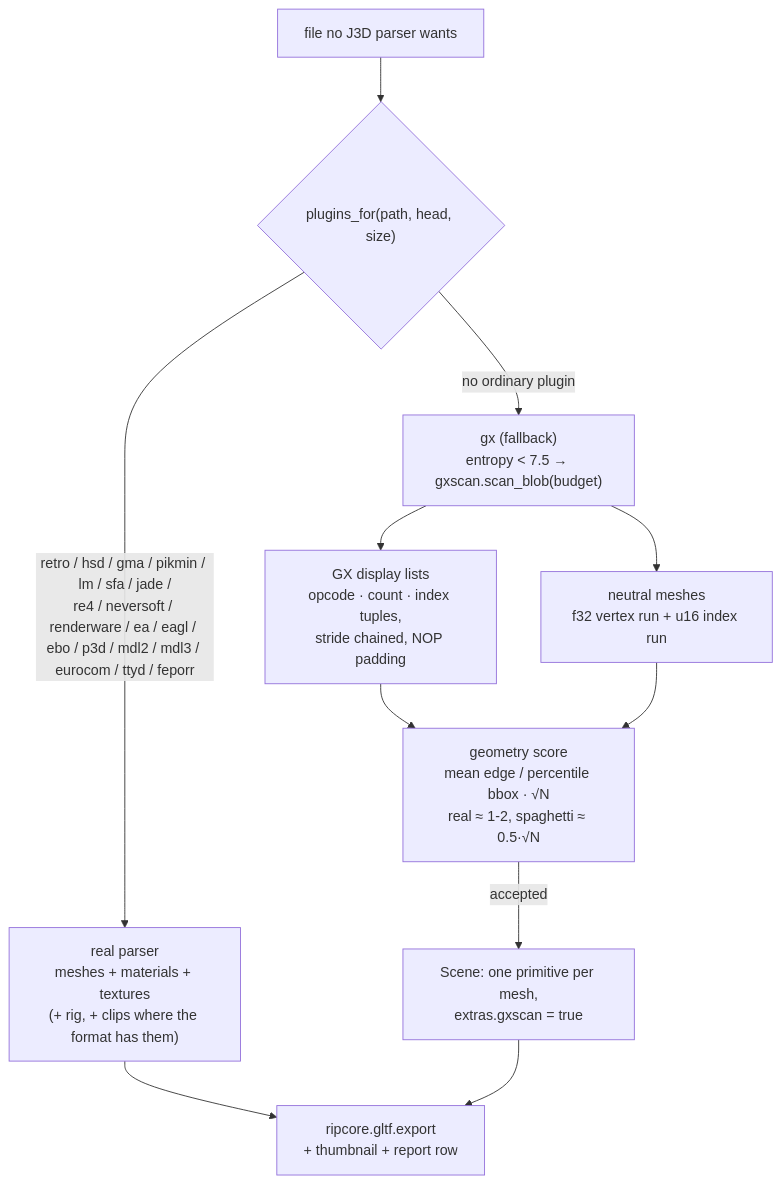
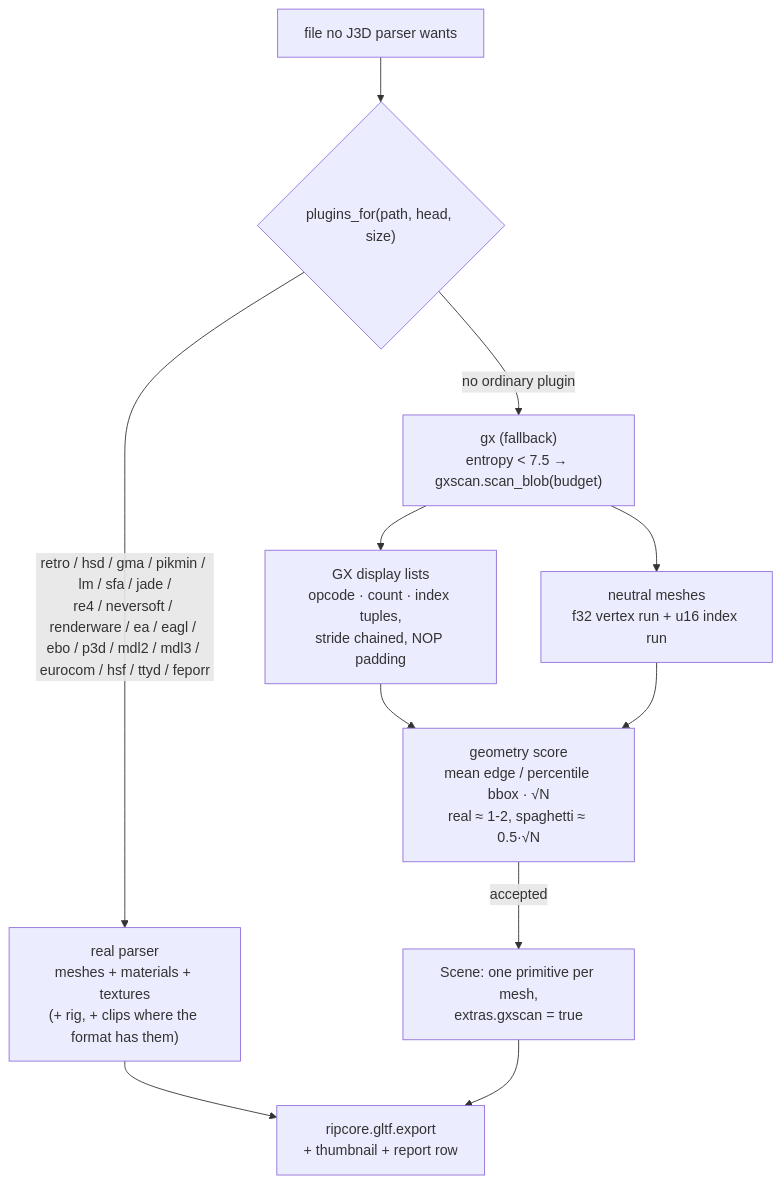
One commit to Felbs/3d-ripper-9000 changed the eighth of 8 diagrams in docs/PIPELINE.md. Above: the diagram before and after it, drawn with Mermaid. The commit also changed other lines of this file and 5 other files, not shown here.

First line of the commit message:
gcrip hsf/mpbin: Hudson HSF models (Mario Party 4-7) - .bin archives (LZSS/slide/RLE/zlib), section tables, strips, TRS object hierarchy, cenv skin weights, GX textures with palettes

````diff
--- a/docs/PIPELINE.md
+++ b/docs/PIPELINE.md
@@ -173,11 +173,11 @@
 ```mermaid
 flowchart TD
     F["file no J3D parser wants"] --> D{"plugins_for(path, head, size)"}
-    D -->|"retro / hsd / gma / pikmin / lm / sfa / jade /<br/>re4 / neversoft / renderware / ea / eagl / ebo / p3d / mdl2 / mdl3 / eurocom / ttyd / feporr"| R["real parser<br/>meshes + materials + textures<br/>(+ rig, + clips where the format has them)"]
+    D -->|"retro / hsd / gma / pikmin / lm / sfa / jade /<br/>re4 / neversoft / renderware / ea / eagl / ebo / p3d / mdl2 / mdl3 / eurocom / hsf / ttyd / feporr"| R["real parser<br/>meshes + materials + textures<br/>(+ rig, + clips where the format has them)"]
     D -->|"no ordinary plugin"| S["gx (fallback)<br/>entropy < 7.5 → gxscan.scan_blob(budget)"]
     S --> L["GX display lists<br/>opcode · count · index tuples,<br/>stride chained, NOP padding"]
     S --> N["neutral meshes<br/>f32 vertex run + u16 index run"]
     L & N --> SC["geometry score<br/>mean edge / percentile bbox · √N<br/>real ≈ 1-2, spaghetti ≈ 0.5·√N"]
     SC -->|"accepted"| M["Scene: one primitive per mesh,<br/>extras.gxscan = true"]
     R & M --> E["ripcore.gltf.export<br/>+ thumbnail + report row"]
 ```
````
